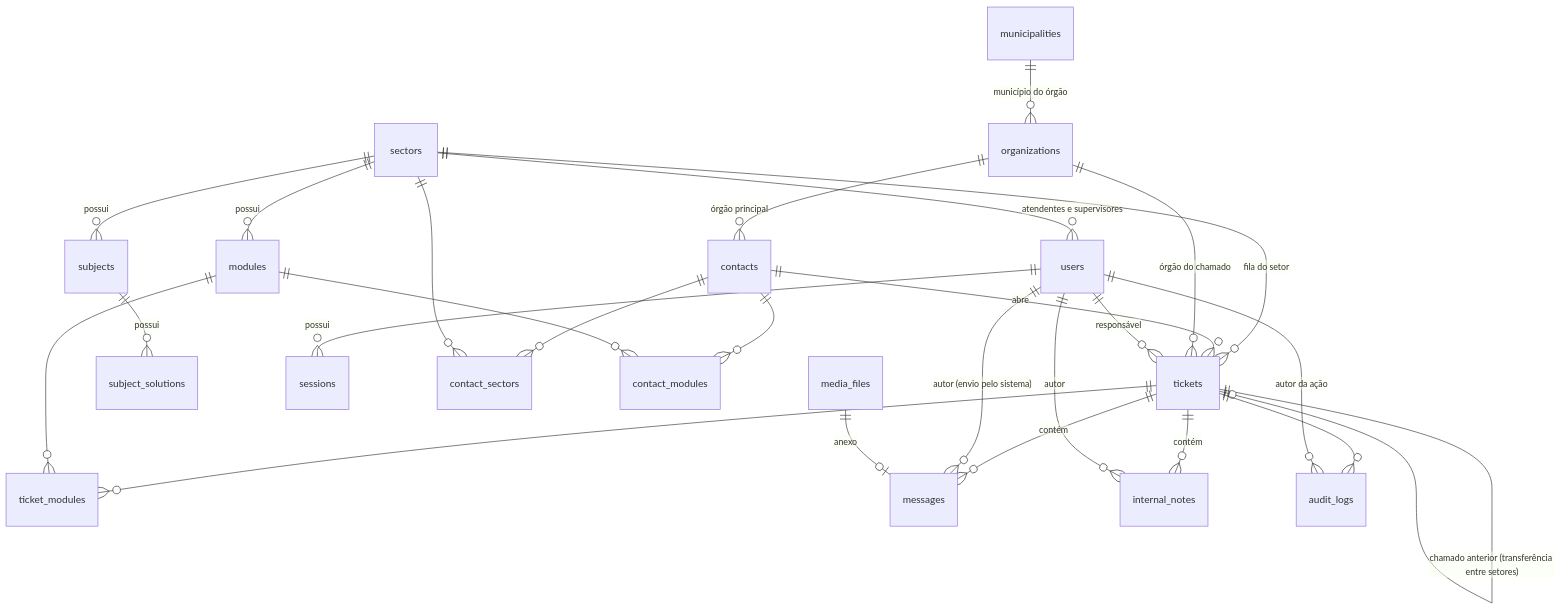
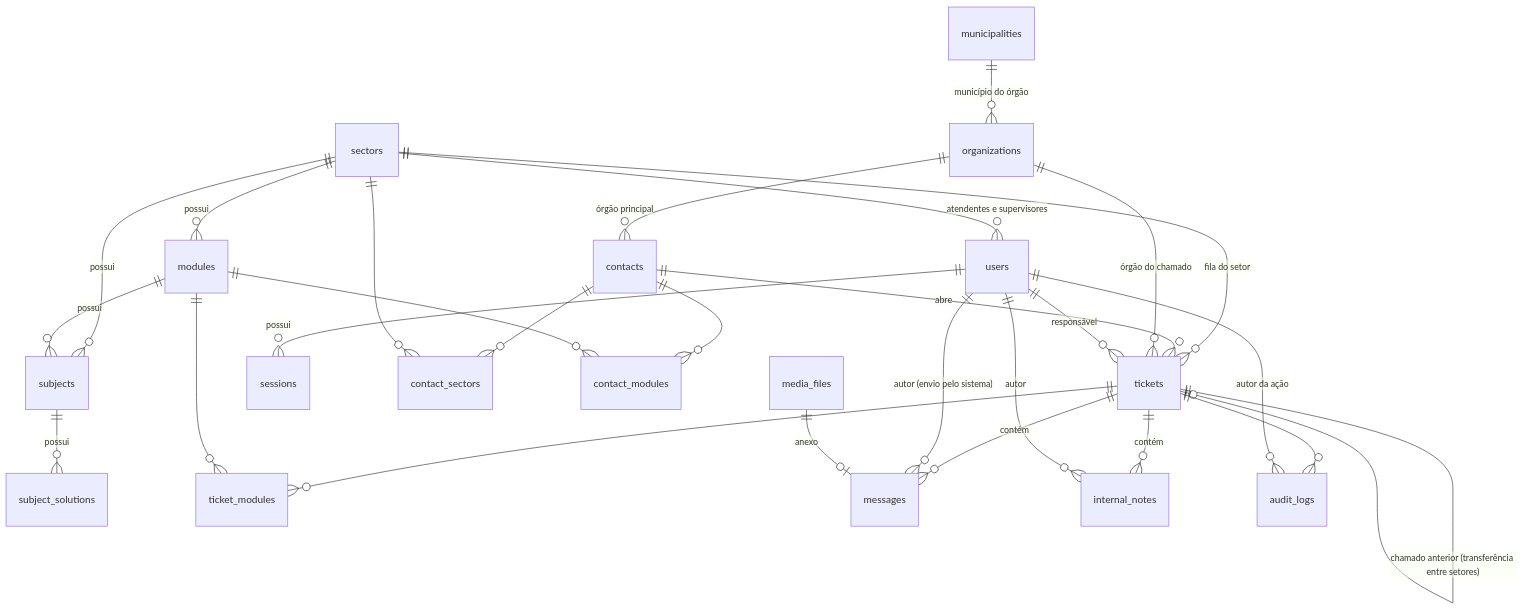
One commit to gcaspp-labs/xet changed the first of 2 diagrams in docs/data-model.md. Above: the diagram before and after it, drawn with Mermaid. The commit also changed other lines of this file and 29 other files, not shown here.

````diff
--- a/docs/data-model.md
+++ b/docs/data-model.md
@@ -24,28 +24,29 @@
 ```mermaid
 erDiagram
     sectors ||--o{ users : "atendentes e supervisores"
     sectors ||--o{ modules : possui
     sectors ||--o{ tickets : "fila do setor"
     sectors ||--o{ subjects : possui
+    modules ||--o{ subjects : possui
     subjects ||--o{ subject_solutions : possui
     users ||--o{ sessions : possui
     municipalities ||--o{ organizations : "município do órgão"
     organizations ||--o{ contacts : "órgão principal"
     contacts ||--o{ tickets : abre
     contacts ||--o{ contact_sectors : ""
     sectors ||--o{ contact_sectors : ""
     contacts ||--o{ contact_modules : ""
     modules ||--o{ contact_modules : ""
     organizations ||--o{ tickets : "órgão do chamado"
     users ||--o{ tickets : "responsável"
     tickets ||--o| tickets : "chamado anterior (transferência entre setores)"
     tickets ||--o{ ticket_modules : ""
     modules ||--o{ ticket_modules : ""
     tickets ||--o{ messages : contém
     users ||--o{ messages : "autor (envio pelo sistema)"
     media_files ||--o| messages : anexo
     tickets ||--o{ internal_notes : contém
     users ||--o{ internal_notes : autor
     tickets ||--o{ audit_logs : ""
     users ||--o{ audit_logs : "autor da ação"
 ```
````
